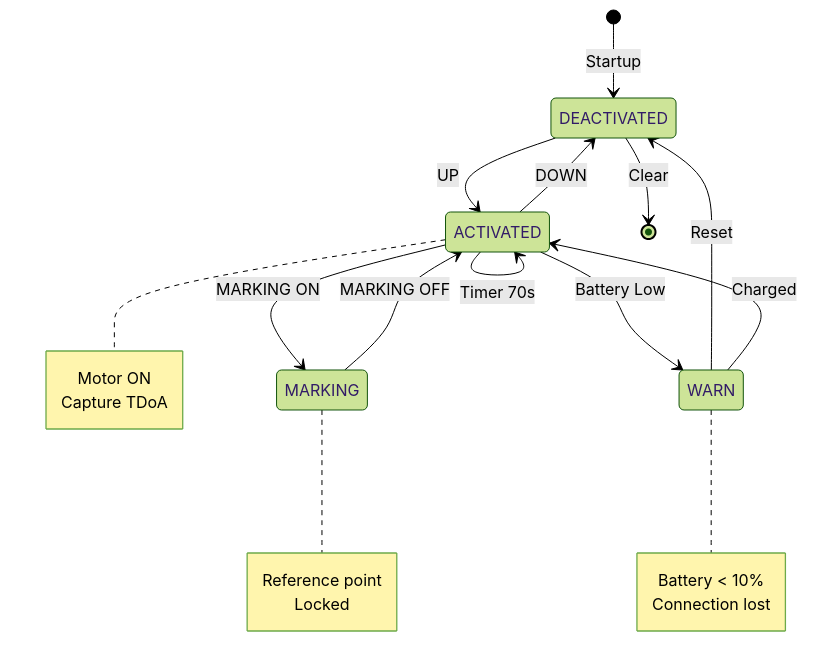
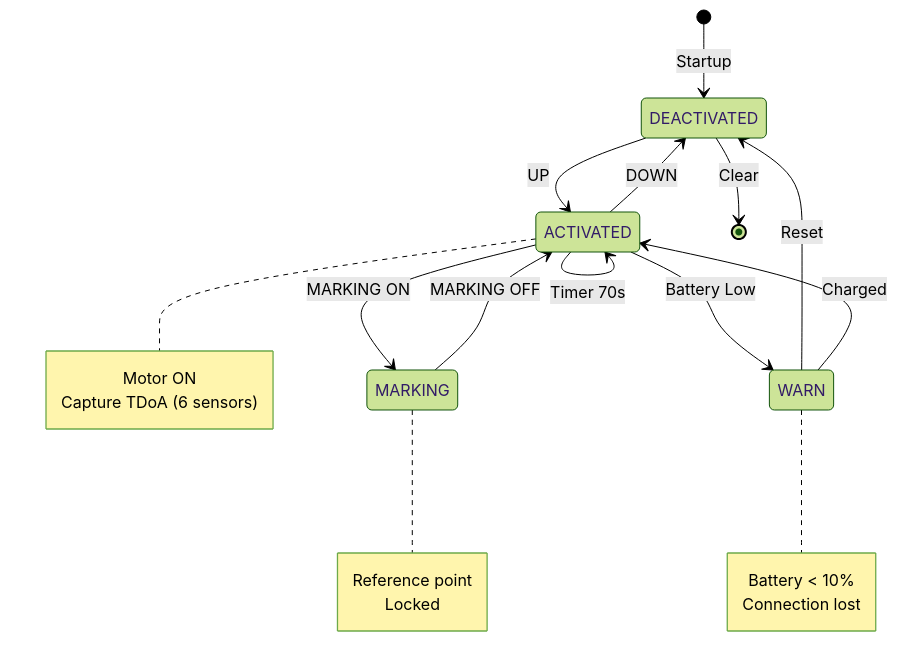
Before and after one commit to Dunghero1412/HTTDTD_v3.1: the eighth of 14 diagrams in docs/MERMAID.md, drawn with Mermaid (forest theme). The commit also changed other lines of this file, not shown here.

Commit message:
Update MERMAID.md: 6 sensors (A-F) and 84MHz timer

````diff
--- a/docs/MERMAID.md
+++ b/docs/MERMAID.md
@@ -341,32 +341,32 @@
 ```mermaid
 stateDiagram-v2
     [*] --> DEACTIVATED: Startup
     
     DEACTIVATED --> ACTIVATED: UP
     ACTIVATED --> DEACTIVATED: DOWN
     ACTIVATED --> ACTIVATED: Timer 70s
     
     ACTIVATED --> MARKING: MARKING ON
     MARKING --> ACTIVATED: MARKING OFF
     
     ACTIVATED --> WARN: Battery Low
     WARN --> DEACTIVATED: Reset
     WARN --> ACTIVATED: Charged
     
     DEACTIVATED --> [*]: Clear
     
     note right of ACTIVATED
         Motor ON
-        Capture TDoA
+        Capture TDoA (6 sensors)
     end note
     
     note right of MARKING
         Reference point
         Locked
     end note
     
     note right of WARN
         Battery < 10%
         Connection lost
     end note
 ```
````
